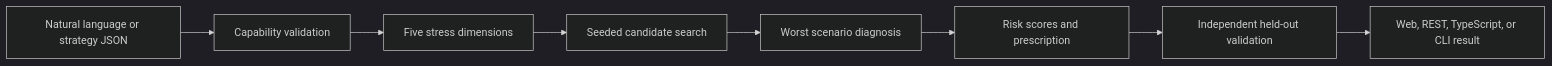
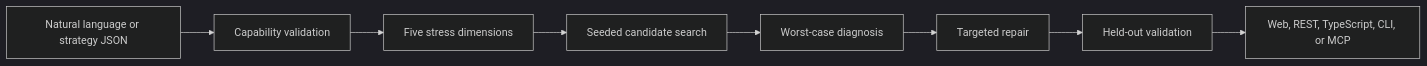
The diagram in README.md (jiang4wqy/strategy-doctor), drawn with Mermaid (dark theme) before and after one commit. The commit also changed other lines of this file and 44 other files, not shown here.

````diff
--- a/README.md
+++ b/README.md
@@ -18,10 +31,10 @@
 ```mermaid
 flowchart LR
   A["Natural language or strategy JSON"] --> B["Capability validation"]
   B --> C["Five stress dimensions"]
   C --> D["Seeded candidate search"]
-  D --> E["Worst scenario diagnosis"]
-  E --> F["Risk scores and prescription"]
-  F --> G["Independent held-out validation"]
-  G --> H["Web, REST, TypeScript, or CLI result"]
+  D --> E["Worst-case diagnosis"]
+  E --> F["Targeted repair"]
+  F --> G["Held-out validation"]
+  G --> H["Web, REST, TypeScript, CLI, or MCP"]
 ```
````
